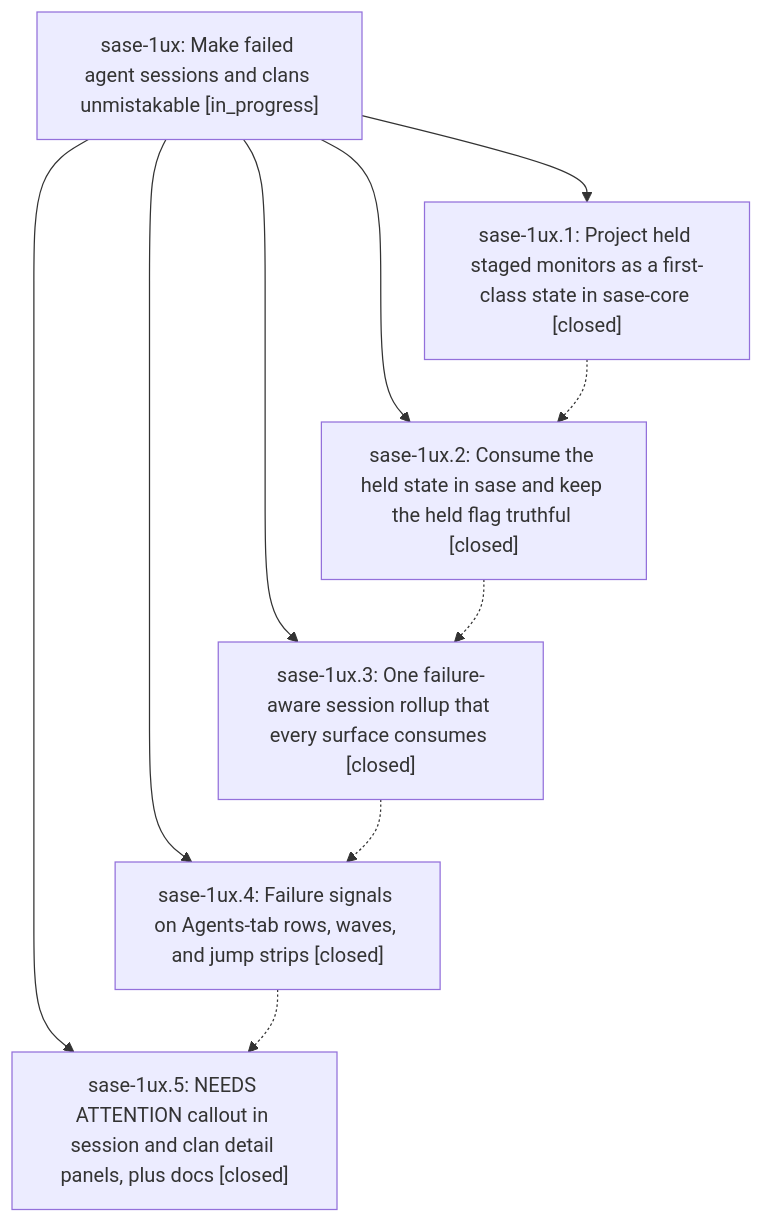
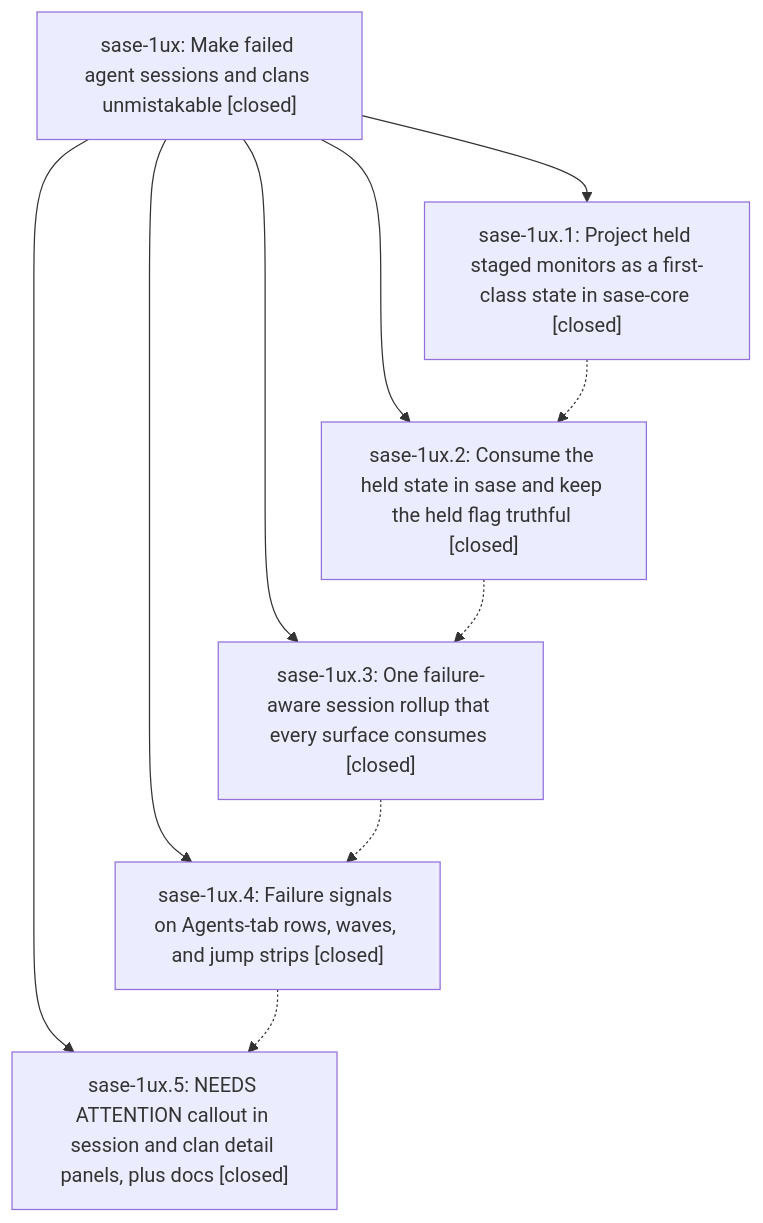
One commit to sase-org/sase--beads changed the diagram in pages/sase-1ux/README.md. Above: the diagram before and after it, drawn with Mermaid. The commit also changed other lines of this file, not shown here.

First line of the commit message:
chore(beads): sync bead state and pages for sase-1ux

````diff
--- a/pages/sase-1ux/README.md
+++ b/pages/sase-1ux/README.md
@@ -44,18 +46,18 @@
 ```mermaid
 flowchart TD
-    n0["sase-1ux: Make failed agent sessions and clans unmistakable [in_progress]"]
+    n0["sase-1ux: Make failed agent sessions and clans unmistakable [closed]"]
     n1["sase-1ux.1: Project held staged monitors as a first-class state in sase-core [closed]"]
     n2["sase-1ux.2: Consume the held state in sase and keep the held flag truthful [closed]"]
     n3["sase-1ux.3: One failure-aware session rollup that every surface consumes [closed]"]
     n4["sase-1ux.4: Failure signals on Agents-tab rows, waves, and jump strips [closed]"]
     n5["sase-1ux.5: NEEDS ATTENTION callout in session and clan detail panels, plus docs [closed]"]
     n0 --> n1
     n0 --> n2
     n0 --> n3
     n0 --> n4
     n0 --> n5
     n1 -.-> n2
     n2 -.-> n3
     n3 -.-> n4
     n4 -.-> n5
 ```
````
